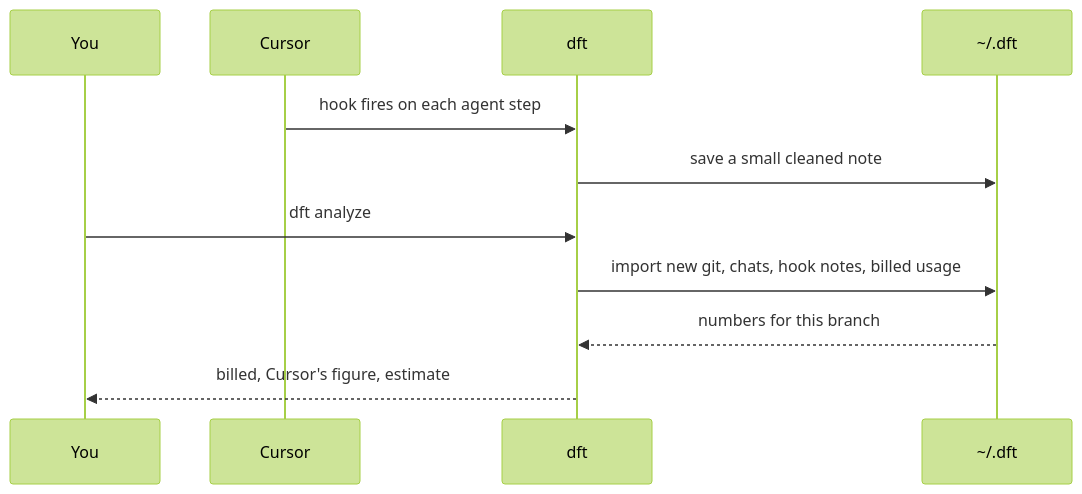
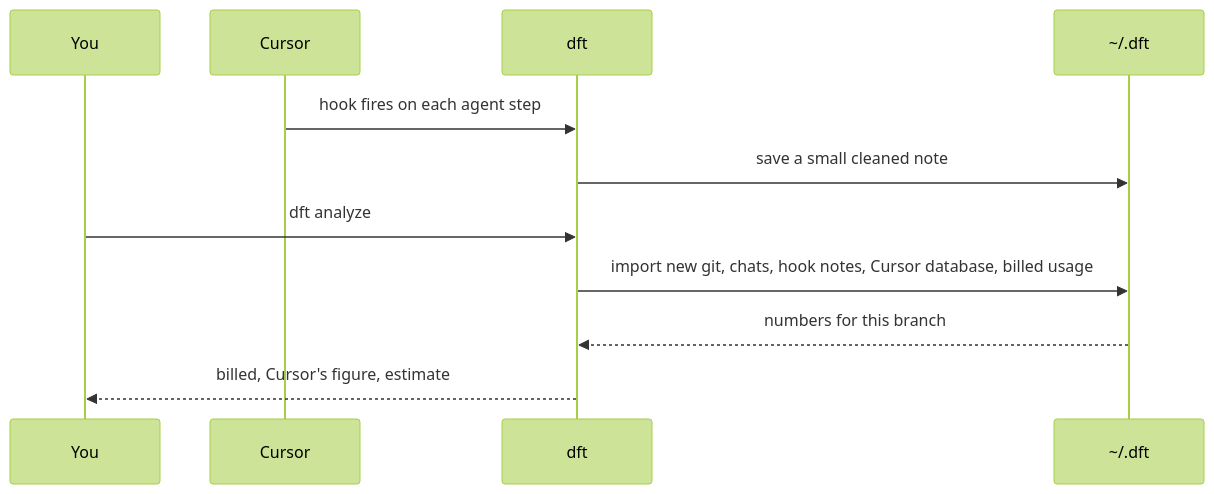
The second of 19 diagrams in docs/HOW-IT-WORKS.md (BleedingDev/dx-feature-tracker), drawn with Mermaid (forest theme) before and after one commit. The commit also changed other lines of this file and 2 other files, not shown here.

Commit message:
fix(test): C08 waits for every MCP response instead of a fixed timer; docs: Cursor local DB and cursor-agent chats are imported automatically

````diff
--- a/docs/HOW-IT-WORKS.md
+++ b/docs/HOW-IT-WORKS.md
@@ -66,13 +67,13 @@
 ```mermaid
 sequenceDiagram
     participant You
     participant Cursor
     participant dft
     participant Store as ~/.dft
     Cursor->>dft: hook fires on each agent step
     dft->>Store: save a small cleaned note
     You->>dft: dft analyze
-    dft->>Store: import new git, chats, hook notes, billed usage
+    dft->>Store: import new git, chats, hook notes, Cursor database, billed usage
     Store-->>dft: numbers for this branch
     dft-->>You: billed, Cursor's figure, estimate
 ```
````
